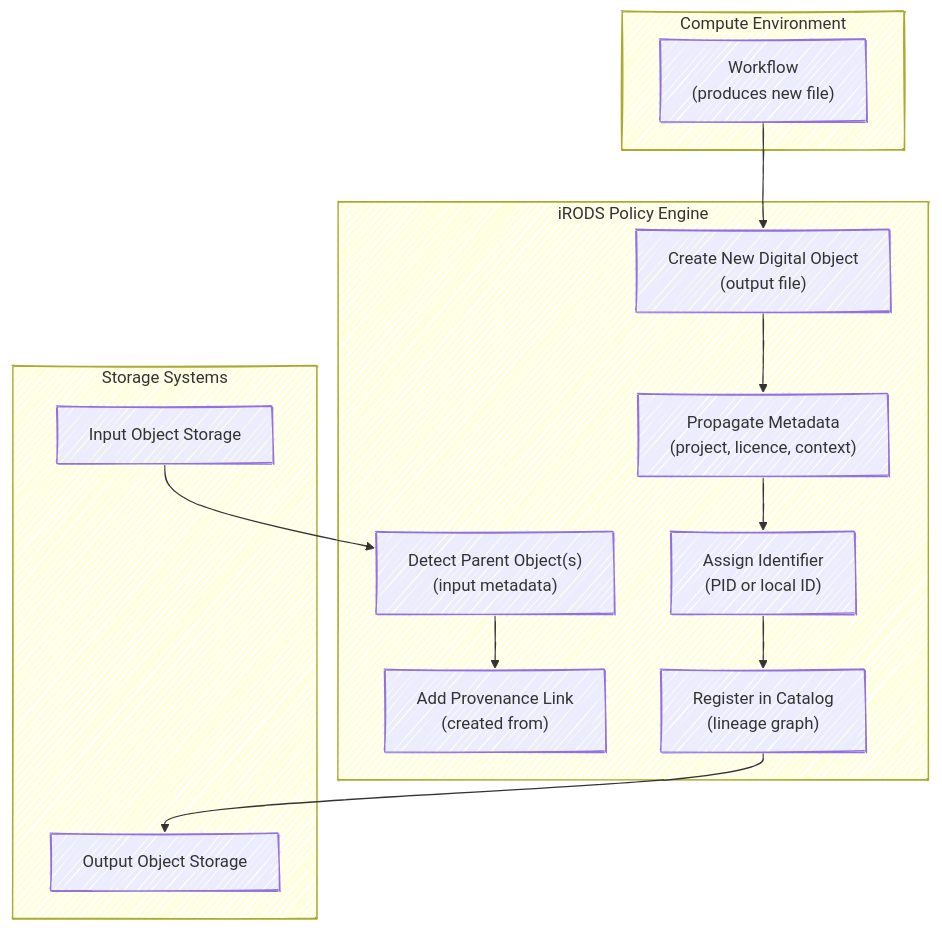
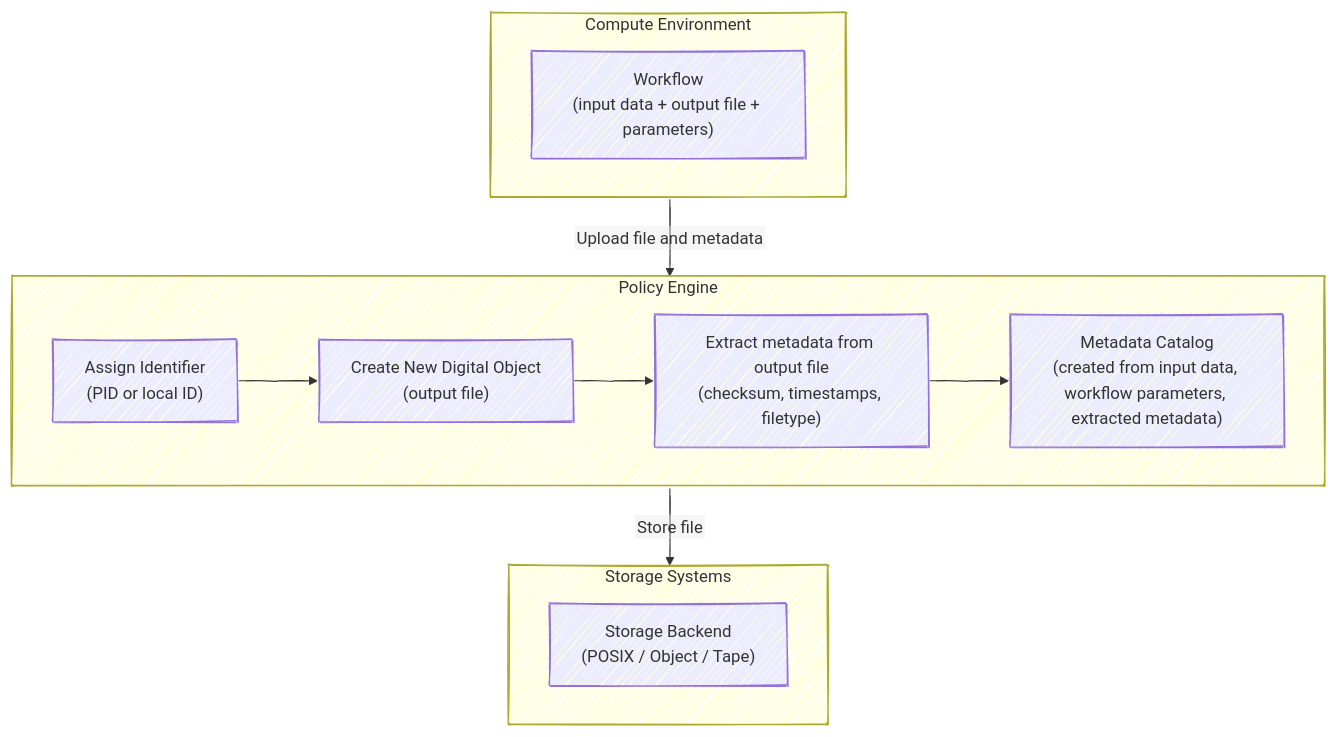
One commit to chStaiger/rdm-fundamentals changed the fifth of 6 diagrams in book/policy-engines.qmd. Above: the diagram before and after it, drawn with Mermaid. The commit also changed other lines of this file, not shown here.

Commit message:
policy engines finished

````diff
--- a/book/policy-engines.qmd
+++ b/book/policy-engines.qmd
@@ -223,33 +284,30 @@
 ```{mermaid}
-%%| label: fig-7
-%%| fig-cap: When a workflow produces a new file, iRODS detects the parent digital object(s), creates a new digital object for the output, assigns an identifier, and records a provenance link.
+%%| label: fig-5
+%%| fig-cap: Workflow‑generated data is uploaded to the policy engine, which extracts metadata, assigns an identifier, records provenance, and registers the new digital object before storing it.
 %%| fig-align: center
 %%{init: {"look": "handDrawn","flowchart": { "htmlLabels": false }}}%%
 flowchart TB
 
     subgraph Compute["Compute Environment"]
-        WF["Workflow<br/>(produces new file)"]
+        WF["Workflow<br/>(input data + output file + parameters)"]
     end
 
-    subgraph PE["iRODS Policy Engine"]
-        Detect["Detect Parent Object(s)<br/>(input metadata)"]
+    subgraph PE["Policy Engine"]
         NewObj["Create New Digital Object<br/>(output file)"]
-        Link["Add Provenance Link<br/>(created from)"]
-        Prop["Propagate Metadata<br/>(project, licence, context)"]
+        Extract["Extract metadata from output file<br/>(checksum, timestamps, filetype)"]
+        Catalog["Metadata Catalog<br/>(created from input data, workflow parameters, extracted metadata)"]
+    
         ID["Assign Identifier<br/>(PID or local ID)"]
-        Register["Register in Catalog<br/>(lineage graph)"]
     end
 
     subgraph Storage["Storage Systems"]
-        Input["Input Object Storage"]
-        Output["Output Object Storage"]
+        Store["Storage Backend<br/>(POSIX / Object / Tape)"]
     end
 
-    Input --> Detect
-    WF --> NewObj
-    Detect --> Link
-    NewObj --> Prop
-    Prop --> ID
-    ID --> Register
-    Register --> Output
+    Compute -- "Upload file and metadata" --> PE
+    PE -- "Store file" --> Storage
+    NewObj --> Extract
+    ID --> NewObj
+    Extract --> Catalog
+    
 ```
````
